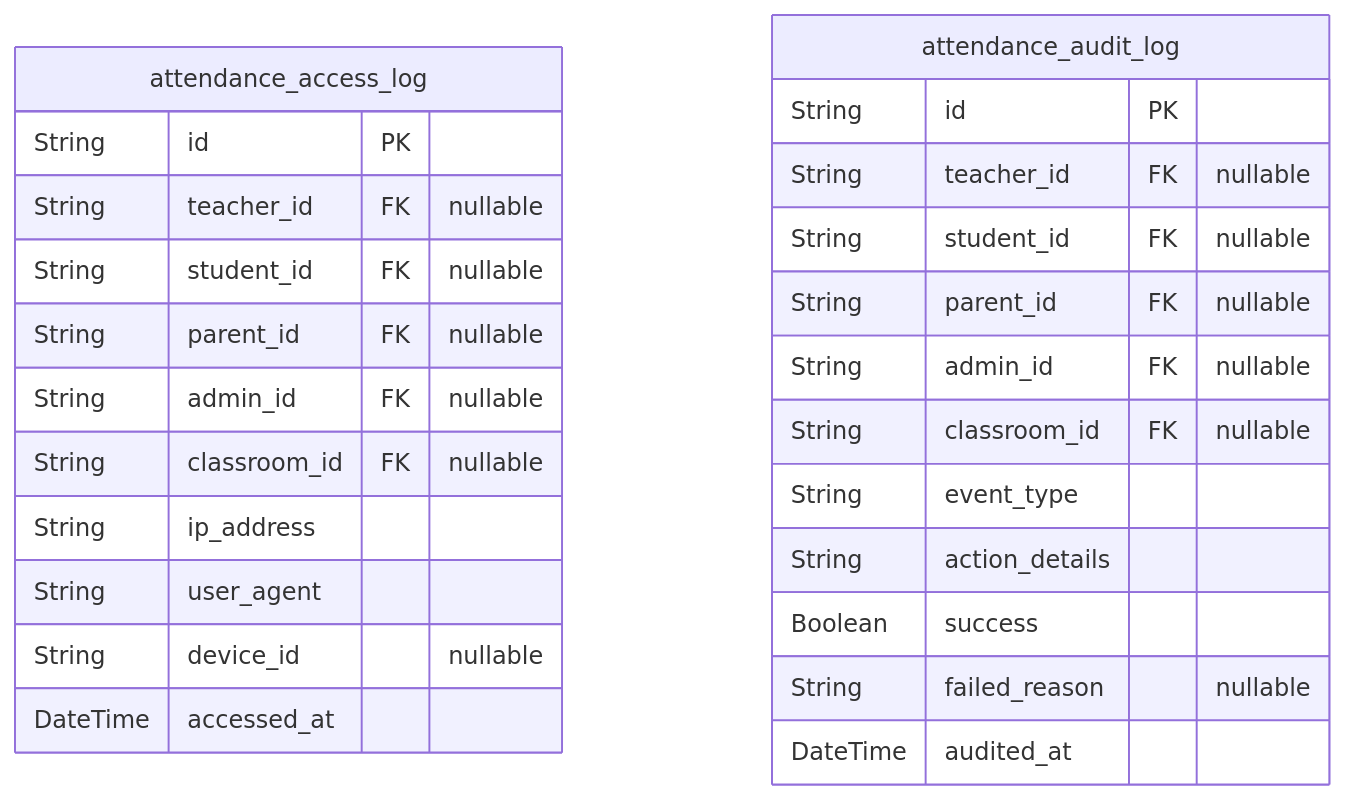
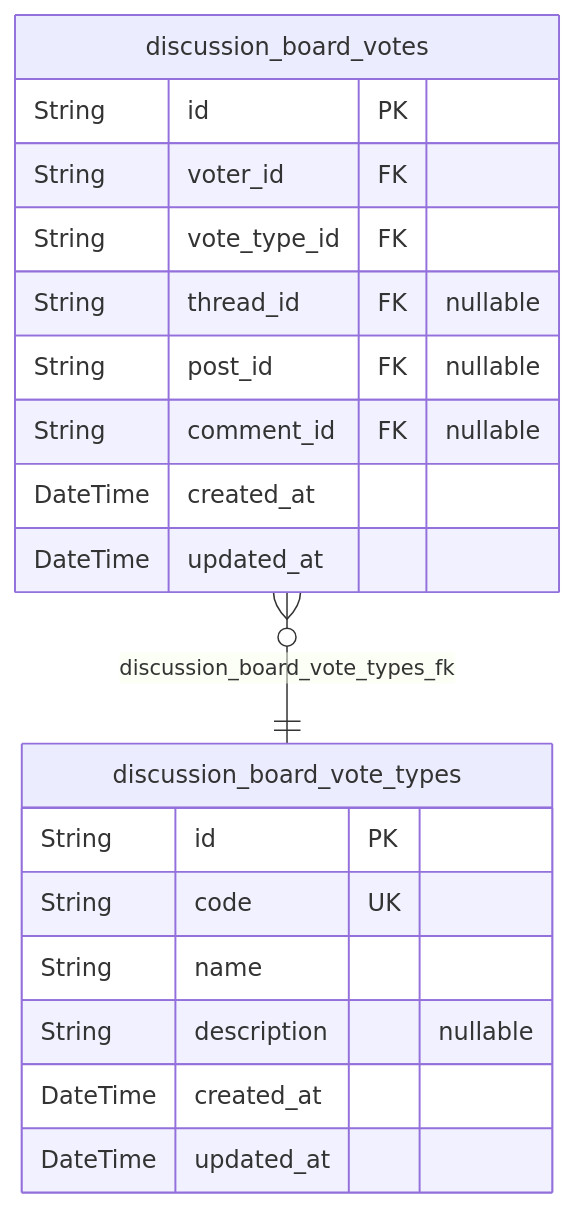
Before and after one commit to wrtnlabs/autobe-example-bbs-openai-gpt-4.1: the sixth of 8 diagrams in docs/ERD.md, drawn with Mermaid. The commit also changed other lines of this file and 667 other files, not shown here.

````diff
--- a/docs/ERD.md
+++ b/docs/ERD.md
@@ -680,28 +496,22 @@
 ```mermaid
 erDiagram
-"attendance_access_log" {
+"discussion_board_vote_types" {
   String id PK
-  String teacher_id FK "nullable"
-  String student_id FK "nullable"
-  String parent_id FK "nullable"
-  String admin_id FK "nullable"
-  String classroom_id FK "nullable"
-  String ip_address
-  String user_agent
-  String device_id "nullable"
-  DateTime accessed_at
+  String code UK
+  String name
+  String description "nullable"
+  DateTime created_at
+  DateTime updated_at
 }
-"attendance_audit_log" {
+"discussion_board_votes" {
   String id PK
-  String teacher_id FK "nullable"
-  String student_id FK "nullable"
-  String parent_id FK "nullable"
-  String admin_id FK "nullable"
-  String classroom_id FK "nullable"
-  String event_type
-  String action_details
-  Boolean success
-  String failed_reason "nullable"
-  DateTime audited_at
+  String voter_id FK
+  String vote_type_id FK
+  String thread_id FK "nullable"
+  String post_id FK "nullable"
+  String comment_id FK "nullable"
+  DateTime created_at
+  DateTime updated_at
 }
+"discussion_board_votes" }o--|| "discussion_board_vote_types" : discussion_board_vote_types_fk
 ```
````
